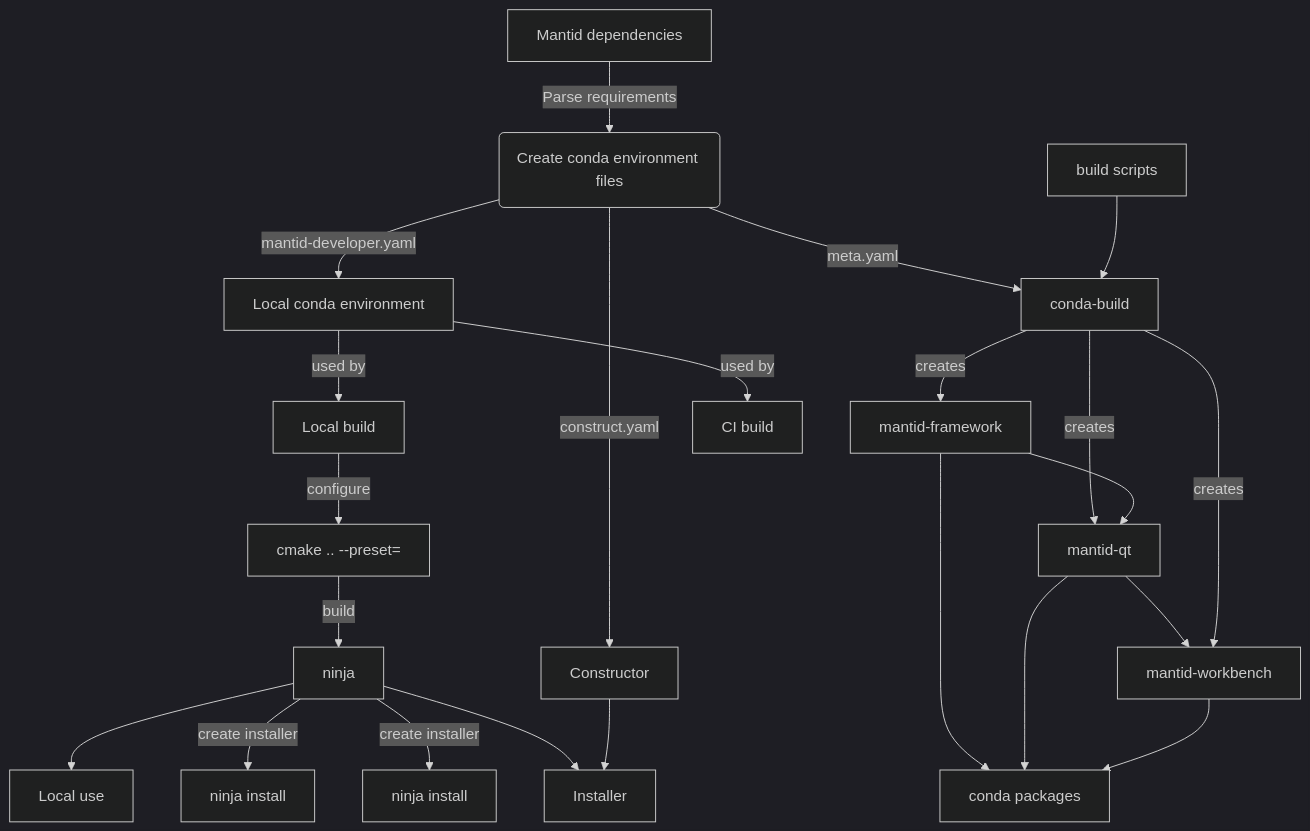
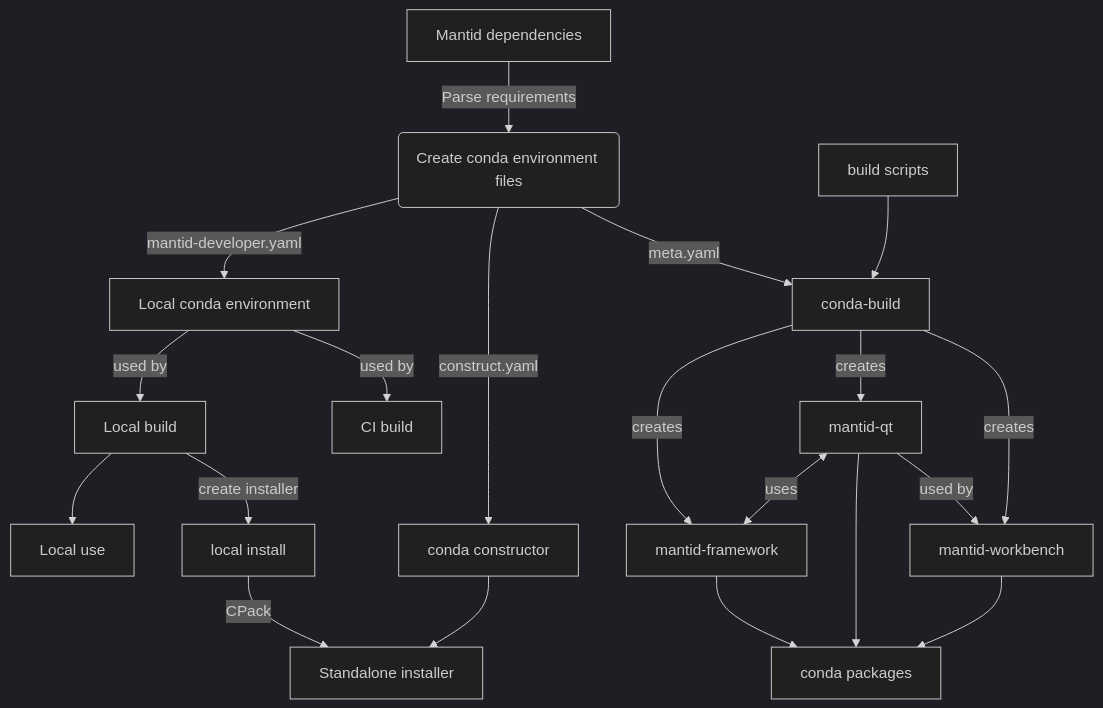
The first of 3 diagrams in diagrams.md (StephenSmith25/handoverdocs), drawn with Mermaid (dark theme) before and after one commit. The commit also changed other lines of this file and 1 other file, not shown here.

Commit message:
conda build docs

````diff
--- a/diagrams.md
+++ b/diagrams.md
@@ -6,33 +6,33 @@
 ```mermaid
 graph TD
     A[Mantid dependencies] -->|Parse requirements| B(Create conda environment files)   
+
     B -->|mantid-developer.yaml| D[Local conda environment] 
     B -->|meta.yaml| E[Conda build recipe]
 
+
+    D --> |used by| I[Local build]
+    D --> |used by| H[CI build]
+    I --> O[Local use]
+    I --> |create installer|P[local install]
+
     E --> |creates| G[mantid-framework]
     E --> |creates| J[mantid-qt]
-    G --> J
-    J --> K
-
+    J <--> |uses| G
+    J --> |used by| K
     E --> |creates| K[mantid-workbench ]
 
     G --> MM[conda packages]
     J --> MM[conda packages]
     K --> MM[conda packages]
 
-    D --> |used by| I[Local build]
-    D --> |used by| H[CI build]
-    I --> |configure| M[cmake .. --preset=]
-    M --> |build| N[ninja]
-    N --> O[Local use]
-    N --> |create installer|P[ninja install]
-    N --> |create installer|Q[ninja install]
+ 
 
     LL[build scripts] --> E[conda-build]
 
 
-    N --> BB[Installer]
-    CC[Constructor] --> BB
+    P -->|CPack| BB[Standalone installer]
+    CC[conda constructor] --> BB
     B -->|construct.yaml| CC
   
 ```
````
